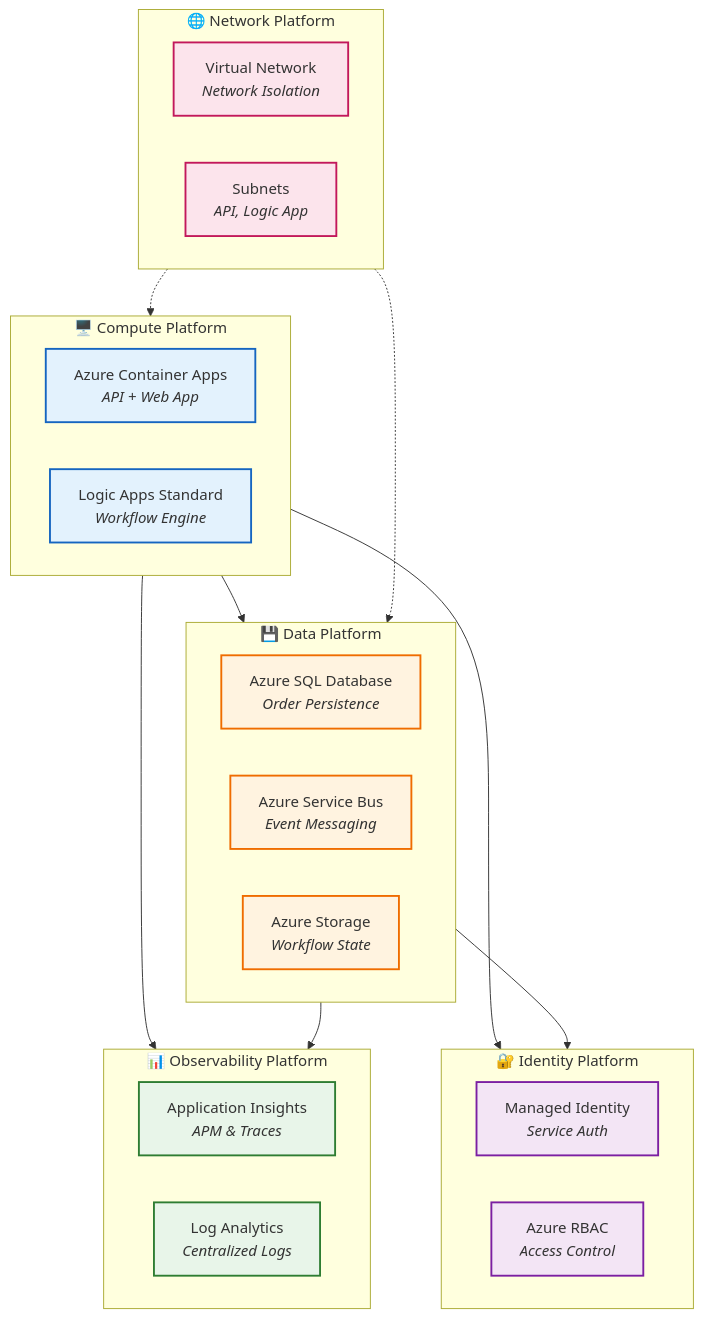
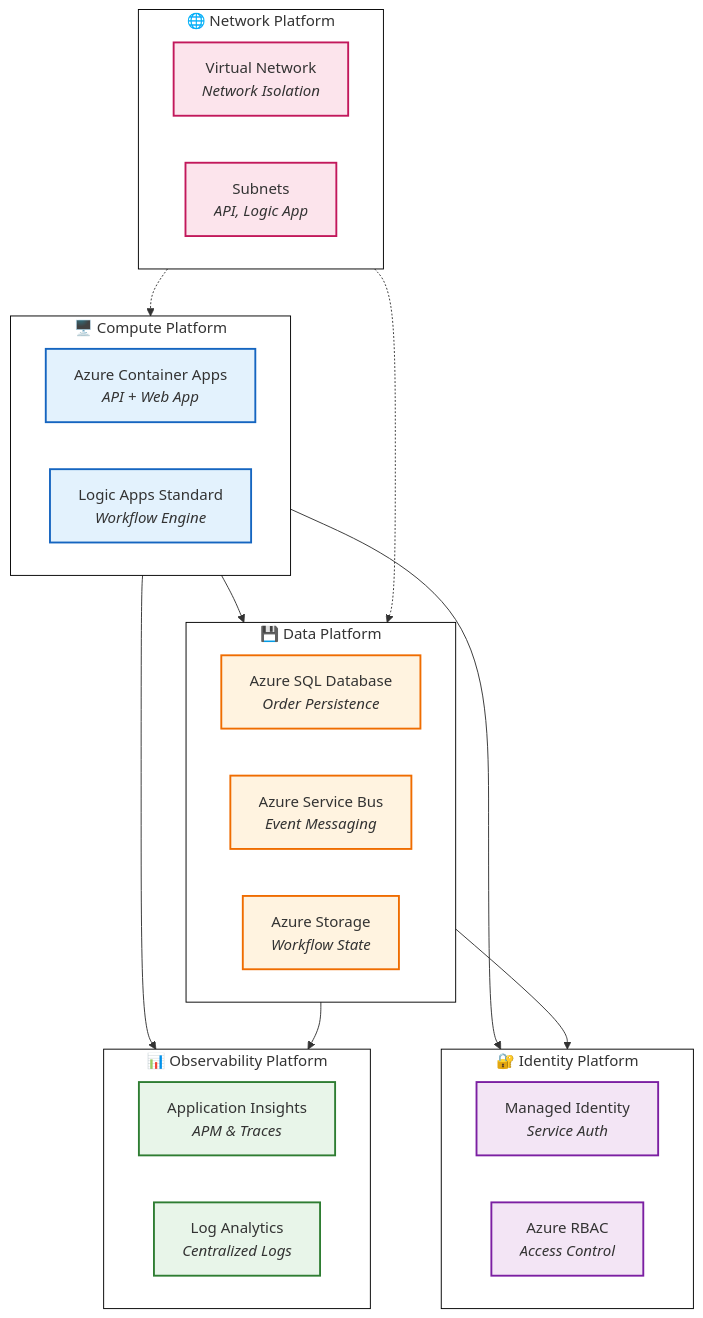
One commit to Evilazaro/Azure-LogicApps-Monitoring changed the first of 3 diagrams in docs/architecture/04-technology-architecture.md. Above: the diagram before and after it, drawn with Mermaid. The commit also changed other lines of this file and 2 other files, not shown here.

Commit message:
Refactor Mermaid diagrams for improved clarity and consistency across architecture documentation

````diff
--- a/docs/architecture/04-technology-architecture.md
+++ b/docs/architecture/04-technology-architecture.md
@@ -37,48 +37,49 @@
 ```mermaid
 flowchart TB
-    subgraph Compute["🖥️ Compute Platform"]
-        ACA["Azure Container Apps<br/><i>API + Web App</i>"]
-        LA["Logic Apps Standard<br/><i>Workflow Engine</i>"]
-    end
+ subgraph Compute["🖥️ Compute Platform"]
+        ACA["Azure Container Apps<br><i>API + Web App</i>"]
+        LA["Logic Apps Standard<br><i>Workflow Engine</i>"]
+  end
+ subgraph Data["💾 Data Platform"]
+        SQL["Azure SQL Database<br><i>Order Persistence</i>"]
+        SB["Azure Service Bus<br><i>Event Messaging</i>"]
+        Storage["Azure Storage<br><i>Workflow State</i>"]
+  end
+ subgraph Observability["📊 Observability Platform"]
+        AI["Application Insights<br><i>APM &amp; Traces</i>"]
+        LAW["Log Analytics<br><i>Centralized Logs</i>"]
+  end
+ subgraph Identity["🔐 Identity Platform"]
+        MI["Managed Identity<br><i>Service Auth</i>"]
+        RBAC["Azure RBAC<br><i>Access Control</i>"]
+  end
+ subgraph Network["🌐 Network Platform"]
+        VNet["Virtual Network<br><i>Network Isolation</i>"]
+        Subnets["Subnets<br><i>API, Logic App</i>"]
+  end
+    Compute --> Data & Observability & Identity
+    Data --> Observability & Identity
+    Network -.-> Compute & Data
 
-    subgraph Data["💾 Data Platform"]
-        SQL["Azure SQL Database<br/><i>Order Persistence</i>"]
-        SB["Azure Service Bus<br/><i>Event Messaging</i>"]
-        Storage["Azure Storage<br/><i>Workflow State</i>"]
-    end
-
-    subgraph Observability["📊 Observability Platform"]
-        AI["Application Insights<br/><i>APM & Traces</i>"]
-        LAW["Log Analytics<br/><i>Centralized Logs</i>"]
-    end
-
-    subgraph Identity["🔐 Identity Platform"]
-        MI["Managed Identity<br/><i>Service Auth</i>"]
-        RBAC["Azure RBAC<br/><i>Access Control</i>"]
-    end
-
-    subgraph Network["🌐 Network Platform"]
-        VNet["Virtual Network<br/><i>Network Isolation</i>"]
-        Subnets["Subnets<br/><i>API, Logic App</i>"]
-    end
-
-    Compute --> Data
-    Compute --> Observability
-    Compute --> Identity
-    Data --> Observability
-    Data --> Identity
-    Network -.-> Compute
-    Network -.-> Data
-
+     ACA:::compute
+     LA:::compute
+     SQL:::data
+     SB:::data
+     Storage:::data
+     AI:::observability
+     LAW:::observability
+     MI:::identity
+     RBAC:::identity
+     VNet:::network
+     Subnets:::network
     classDef compute fill:#e3f2fd,stroke:#1565c0,stroke-width:2px
     classDef data fill:#fff3e0,stroke:#ef6c00,stroke-width:2px
     classDef observability fill:#e8f5e9,stroke:#2e7d32,stroke-width:2px
     classDef identity fill:#f3e5f5,stroke:#7b1fa2,stroke-width:2px
     classDef network fill:#fce4ec,stroke:#c2185b,stroke-width:2px
-
-    class ACA,LA compute
-    class SQL,SB,Storage data
-    class AI,LAW observability
-    class MI,RBAC identity
-    class VNet,Subnets network
+    style Compute stroke:#000000,fill:#FFFFFF
+    style Data stroke:#000000,fill:#FFFFFF
+    style Observability stroke:#000000,fill:#FFFFFF
+    style Identity stroke:#000000,fill:#FFFFFF
+    style Network stroke:#000000,fill:#FFFFFF
 ```
````
